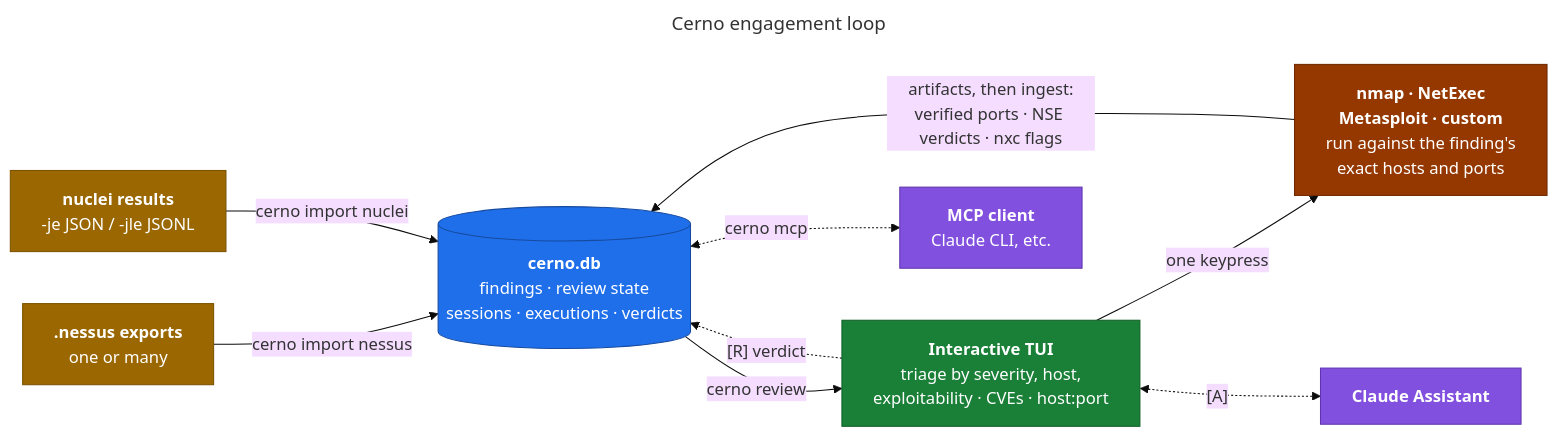
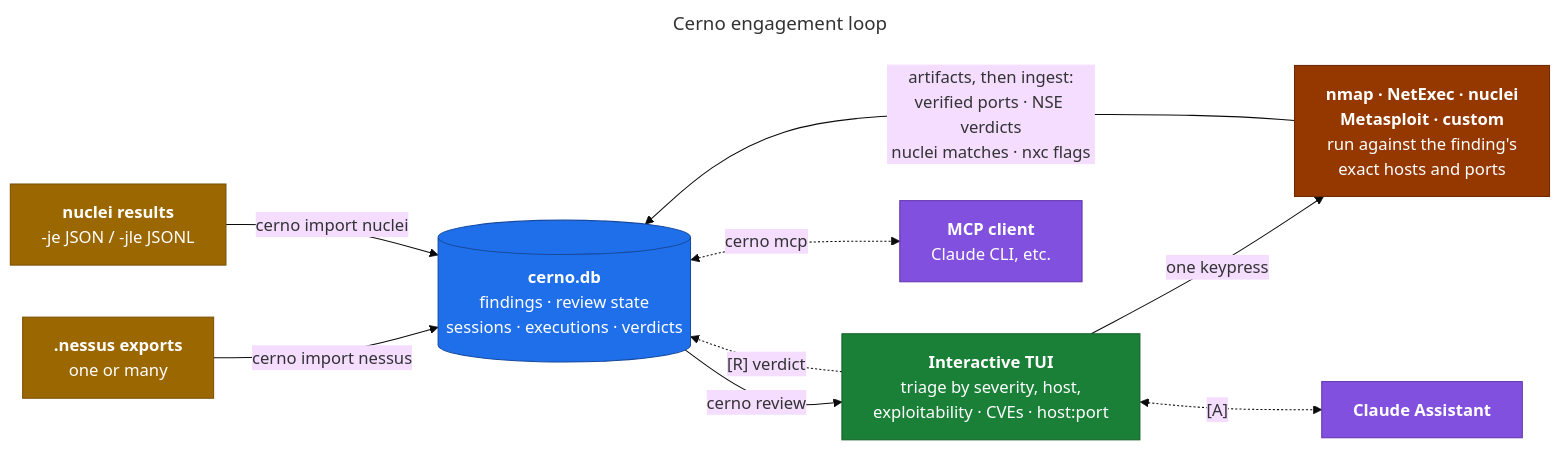
One commit to ridgebackinfosec/cerno changed the diagram in docs/diagrams/01-workflow.mmd. Above: the diagram before and after it, drawn with Mermaid (base theme). The commit also changed 47 other files, not shown here.

```diff
--- a/docs/diagrams/01-workflow.mmd
+++ b/docs/diagrams/01-workflow.mmd
@@ -1,37 +1,37 @@
 ---
 title: Cerno engagement loop
 config:
   flowchart:
     wrappingWidth: 340
     curve: basis
 ---
 flowchart LR
     nessus["<b>.nessus exports</b><br/>one or many"]
     nuclei["<b>nuclei results</b><br/>-je JSON / -jle JSONL"]
     db[("<b>cerno.db</b><br/>findings · review state<br/>sessions · executions · verdicts")]
     tui["<b>Interactive TUI</b><br/>triage by severity, host,<br/>exploitability · CVEs · host:port"]
-    tools["<b>nmap · NetExec</b><br/><b>Metasploit · custom</b><br/>run against the finding's<br/>exact hosts and ports"]
+    tools["<b>nmap · NetExec · nuclei</b><br/><b>Metasploit · custom</b><br/>run against the finding's<br/>exact hosts and ports"]
     mcpc["<b>MCP client</b><br/>Claude CLI, etc."]
     claude["<b>Claude Assistant</b>"]
 
     nessus -->|"cerno import nessus"| db
     nuclei -->|"cerno import nuclei"| db
     db -->|"cerno review"| tui
     tui -->|"one keypress"| tools
-    tools -->|"artifacts, then ingest:<br/>verified ports · NSE verdicts · nxc flags"| db
+    tools -->|"artifacts, then ingest:<br/>verified ports · NSE verdicts<br/>nuclei matches · nxc flags"| db
     tui -.->|"[R] verdict"| db
     db <-.->|"cerno mcp"| mcpc
     tui <-.->|"[A]"| claude
 
     classDef source fill:#9a6700,stroke:#7a5200,color:#ffffff
     classDef store fill:#1f6feb,stroke:#164a9f,color:#ffffff
     classDef human fill:#1a7f37,stroke:#126128,color:#ffffff
     classDef external fill:#953800,stroke:#6e2900,color:#ffffff
     classDef ai fill:#8250df,stroke:#6035ad,color:#ffffff
 
     class nessus source
     class nuclei source
     class db store
     class tui human
     class tools external
     class mcpc,claude ai
```
